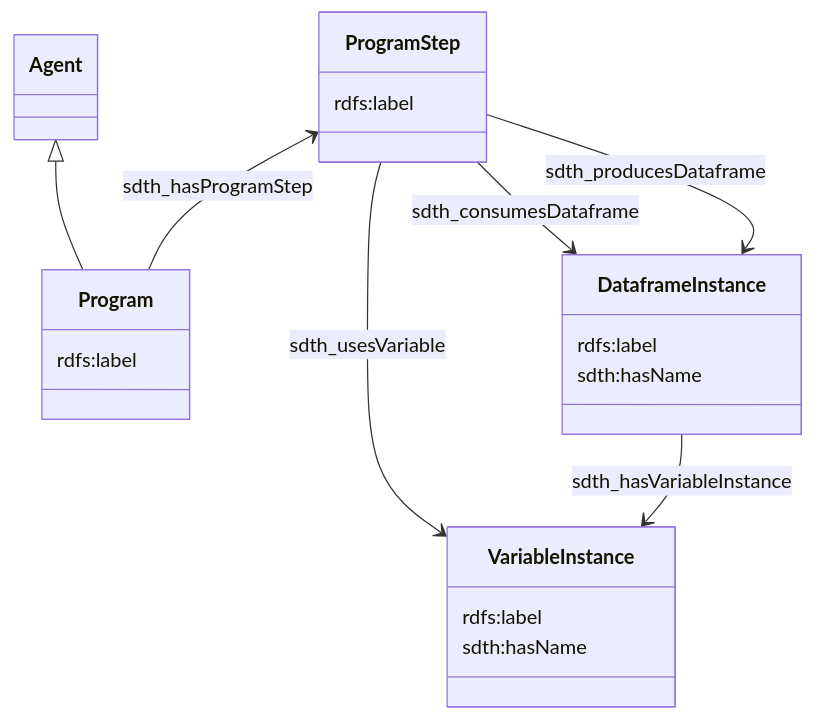
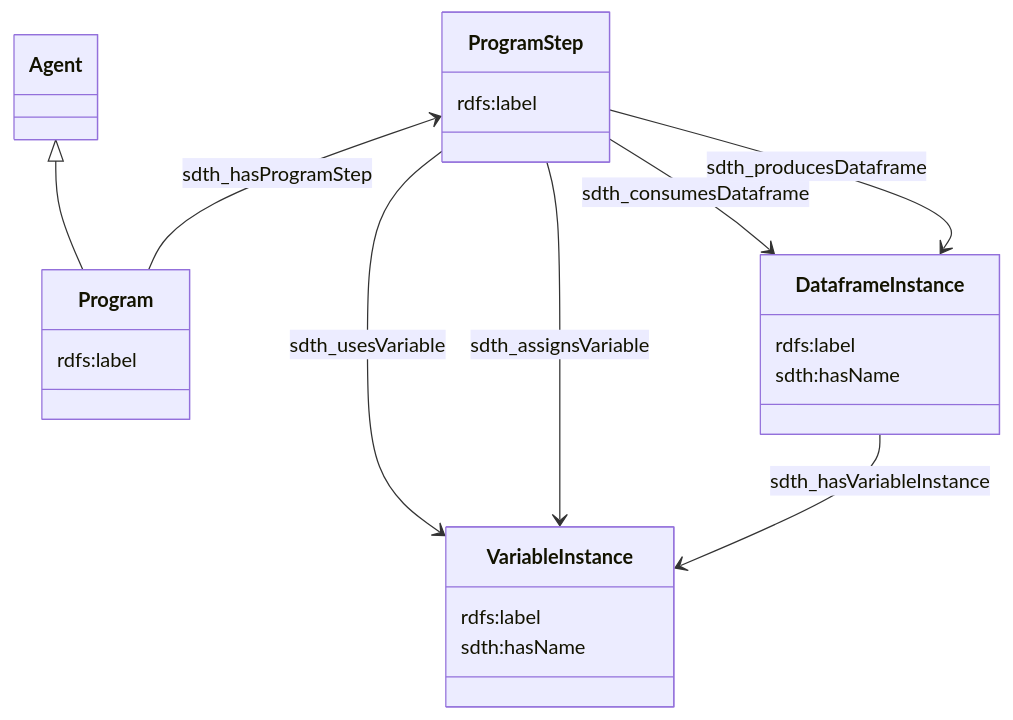
One commit to InseeFr/Trevas changed the first of 2 diagrams in vtl-prov/docs/model-v1.md. Above: the diagram before and after it, drawn with Mermaid. The commit also changed other lines of this file and 2 other files, not shown here.

````diff
--- a/vtl-prov/docs/model-v1.md
+++ b/vtl-prov/docs/model-v1.md
@@ -16,27 +16,27 @@
 ```mermaid
 classDiagram
   class Agent {
   }
   class Program {
     rdfs:label
   }
   class ProgramStep {
     rdfs:label
   }
   class VariableInstance {
     rdfs:label
     sdth:hasName
   }
   class DataframeInstance {
     rdfs:label
     sdth:hasName
   }
 
   Agent <|-- Program
   ProgramStep <-- Program : sdth_hasProgramStep
   ProgramStep --> VariableInstance : sdth_usesVariable
+  ProgramStep --> VariableInstance : sdth_assignsVariable
   ProgramStep --> DataframeInstance : sdth_consumesDataframe
   ProgramStep --> DataframeInstance : sdth_producesDataframe
   DataframeInstance --> VariableInstance : sdth_hasVariableInstance
-
 ```
````
